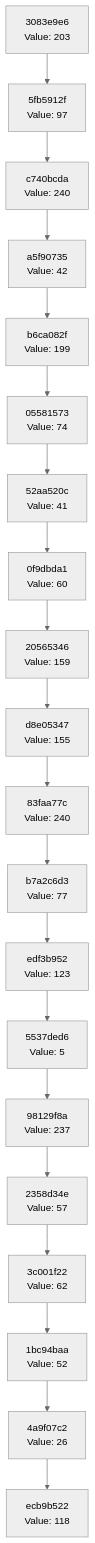
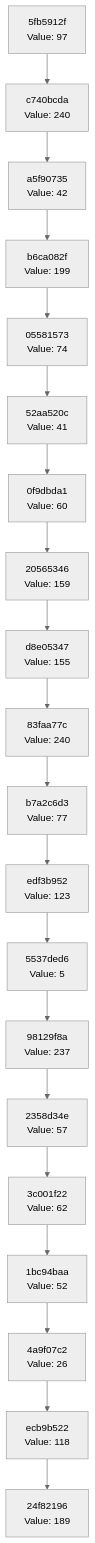
The diagram in docs/CHAIN_VISUALIZATION.md (Abhisheksinha1506/hash-chain-evolver), drawn with Mermaid (neutral theme) before and after one commit. The commit also changed 3 other files, not shown here.

````diff
--- a/docs/CHAIN_VISUALIZATION.md
+++ b/docs/CHAIN_VISUALIZATION.md
@@ -3,42 +3,42 @@
 ```mermaid
 graph TD
-    C0["ecb9b522<br/>Value: 118"]
-    C1["4a9f07c2<br/>Value: 26"]
+    C0["24f82196<br/>Value: 189"]
+    C1["ecb9b522<br/>Value: 118"]
     C1 --> C0
-    C2["1bc94baa<br/>Value: 52"]
+    C2["4a9f07c2<br/>Value: 26"]
     C2 --> C1
-    C3["3c001f22<br/>Value: 62"]
+    C3["1bc94baa<br/>Value: 52"]
     C3 --> C2
-    C4["2358d34e<br/>Value: 57"]
+    C4["3c001f22<br/>Value: 62"]
     C4 --> C3
-    C5["98129f8a<br/>Value: 237"]
+    C5["2358d34e<br/>Value: 57"]
     C5 --> C4
-    C6["5537ded6<br/>Value: 5"]
+    C6["98129f8a<br/>Value: 237"]
     C6 --> C5
-    C7["edf3b952<br/>Value: 123"]
+    C7["5537ded6<br/>Value: 5"]
     C7 --> C6
-    C8["b7a2c6d3<br/>Value: 77"]
+    C8["edf3b952<br/>Value: 123"]
     C8 --> C7
-    C9["83faa77c<br/>Value: 240"]
+    C9["b7a2c6d3<br/>Value: 77"]
     C9 --> C8
-    C10["d8e05347<br/>Value: 155"]
+    C10["83faa77c<br/>Value: 240"]
     C10 --> C9
-    C11["20565346<br/>Value: 159"]
+    C11["d8e05347<br/>Value: 155"]
     C11 --> C10
-    C12["0f9dbda1<br/>Value: 60"]
+    C12["20565346<br/>Value: 159"]
     C12 --> C11
-    C13["52aa520c<br/>Value: 41"]
+    C13["0f9dbda1<br/>Value: 60"]
     C13 --> C12
-    C14["05581573<br/>Value: 74"]
+    C14["52aa520c<br/>Value: 41"]
     C14 --> C13
-    C15["b6ca082f<br/>Value: 199"]
+    C15["05581573<br/>Value: 74"]
     C15 --> C14
-    C16["a5f90735<br/>Value: 42"]
+    C16["b6ca082f<br/>Value: 199"]
     C16 --> C15
-    C17["c740bcda<br/>Value: 240"]
+    C17["a5f90735<br/>Value: 42"]
     C17 --> C16
-    C18["5fb5912f<br/>Value: 97"]
+    C18["c740bcda<br/>Value: 240"]
     C18 --> C17
-    C19["3083e9e6<br/>Value: 203"]
+    C19["5fb5912f<br/>Value: 97"]
     C19 --> C18
 ```
````
